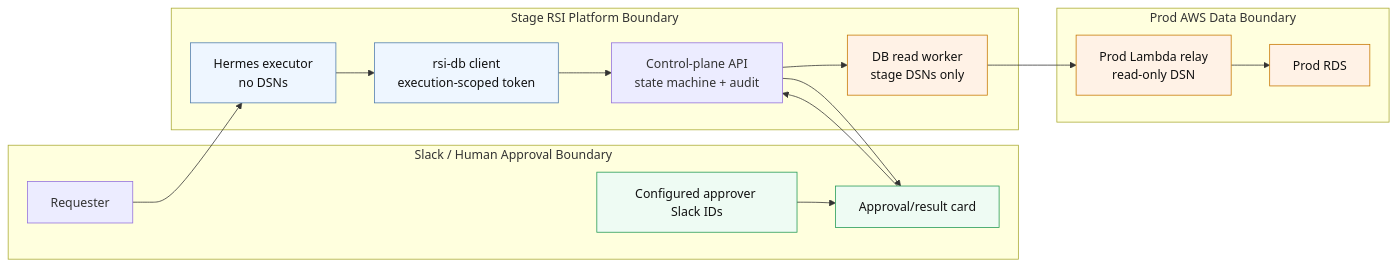
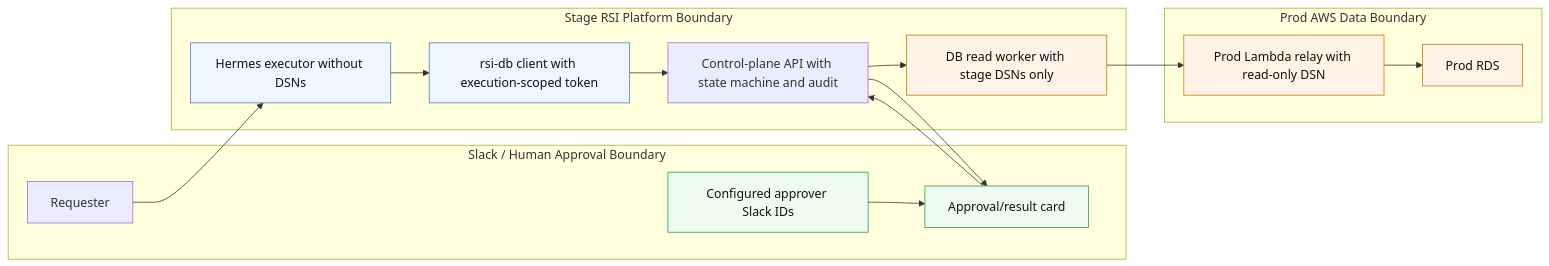
Before and after one commit to blakehuynh39/rsi-agent-platform: the second of 2 diagrams in docs/db-read-gateway-architecture.md, drawn with Mermaid. The commit also changed other lines of this file, not shown here.

Commit message:
Fix DB read architecture Mermaid diagrams (#675)

````diff
--- a/docs/db-read-gateway-architecture.md
+++ b/docs/db-read-gateway-architecture.md
@@ -54,37 +54,37 @@
 ```mermaid
 flowchart LR
     subgraph SlackBoundary["Slack / Human Approval Boundary"]
         Requester["Requester"]
         Approver["Configured approver Slack IDs"]
         Card["Approval/result card"]
     end
 
     subgraph StageBoundary["Stage RSI Platform Boundary"]
-        Hermes["Hermes executor\nno DSNs"]
-        DBCLI["rsi-db client\nexecution-scoped token"]
-        CP["Control-plane API\nstate machine + audit"]
-        Worker["DB read worker\nstage DSNs only"]
+        Hermes["Hermes executor without DSNs"]
+        DBCLI["rsi-db client with execution-scoped token"]
+        CP["Control-plane API with state machine and audit"]
+        Worker["DB read worker with stage DSNs only"]
     end
 
     subgraph ProdBoundary["Prod AWS Data Boundary"]
-        Lambda["Prod Lambda relay\nread-only DSN"]
+        Lambda["Prod Lambda relay with read-only DSN"]
         ProdRDS["Prod RDS"]
     end
 
     Requester --> Hermes
     Hermes --> DBCLI
     DBCLI --> CP
     CP --> Card
     Approver --> Card
     Card --> CP
     CP --> Worker
     Worker --> Lambda
     Lambda --> ProdRDS
 
     classDef noSecrets fill:#eef6ff,stroke:#4f7cac,color:#111;
     classDef sensitive fill:#fff2e6,stroke:#c77700,color:#111;
     classDef approval fill:#eefbf3,stroke:#229954,color:#111;
     class Hermes,DBCLI noSecrets;
     class Worker,Lambda,ProdRDS sensitive;
     class Approver,Card approval;
 ```
````
